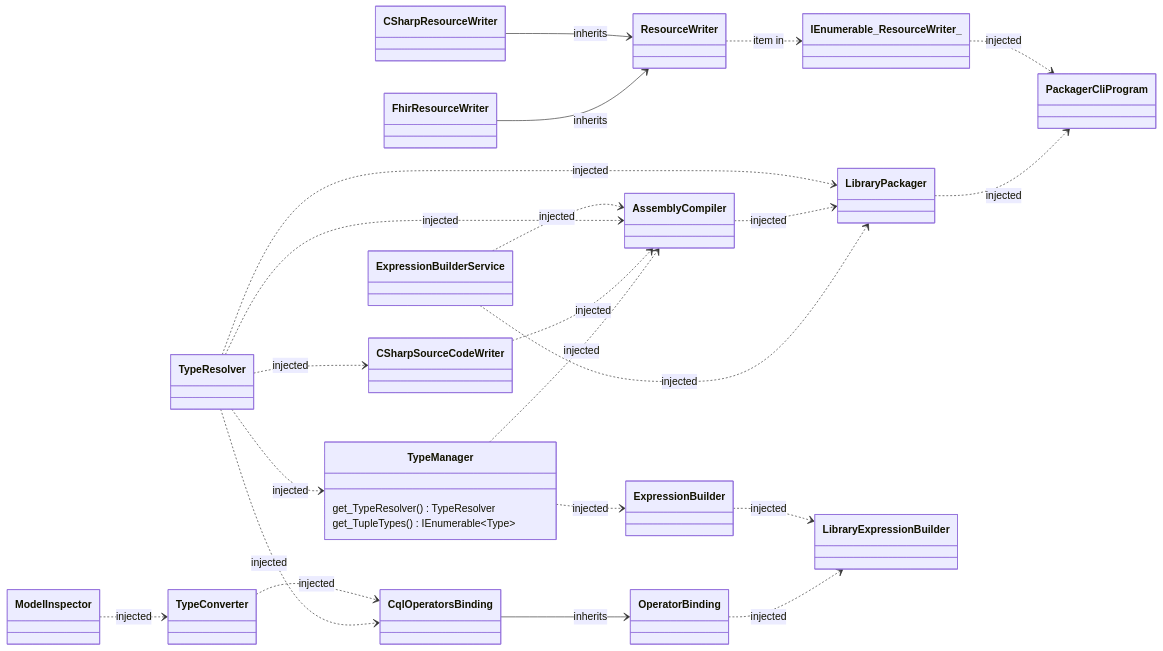
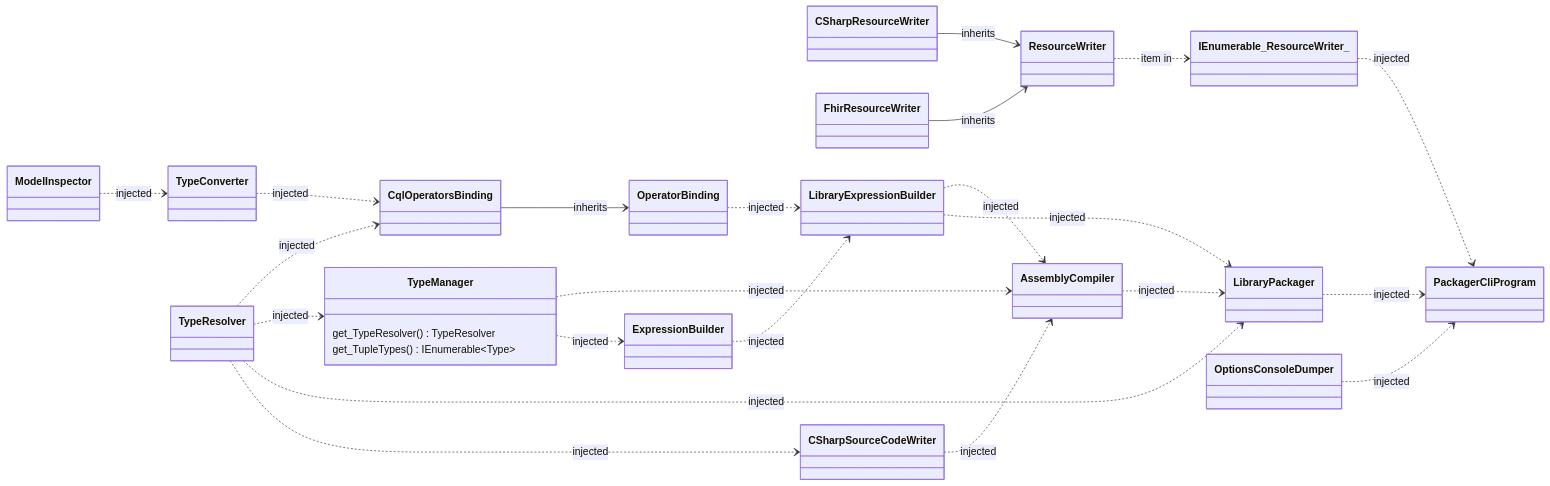
Before and after one commit to FirelyTeam/firely-cql-sdk: the diagram in docs/packager-cli-dependency-graph.md, drawn with Mermaid. The commit also changed 3 other files, not shown here.

````diff
--- a/docs/packager-cli-dependency-graph.md
+++ b/docs/packager-cli-dependency-graph.md
@@ -5,46 +5,46 @@
 ```mermaid
 classDiagram
     direction LR
 
     class TypeManager {
         get_TypeResolver() TypeResolver
         get_TupleTypes() IEnumerable~Type~
     }
 
     %% HACK: Mermaid doesnt support commas withing generic, so use a similar looking character (﹐)
 
     %% Inheritance  
     CqlOperatorsBinding --> OperatorBinding : inherits
     CSharpResourceWriter --> ResourceWriter : inherits
     FhirResourceWriter --> ResourceWriter : inherits
 
     %% Injected Dependencies
-    ExpressionBuilderService ..> AssemblyCompiler : injected
-    TypeResolver ..> AssemblyCompiler : injected
+    LibraryExpressionBuilder ..> AssemblyCompiler : injected
     CSharpSourceCodeWriter ..> AssemblyCompiler : injected
     TypeManager ..> AssemblyCompiler : injected
 
     TypeManager ..> ExpressionBuilder : injected
 
     IEnumerable_ResourceWriter_ ..> PackagerCliProgram : injected 
     LibraryPackager ..> PackagerCliProgram : injected 
+    OptionsConsoleDumper ..> PackagerCliProgram : injected 
 
     TypeConverter ..> CqlOperatorsBinding : injected         
     TypeResolver ..> CqlOperatorsBinding : injected    
 
     ModelInspector ..> TypeConverter : injected  
 
     TypeResolver ..> TypeManager : injected
 
     TypeResolver ..> LibraryPackager : injected
     AssemblyCompiler ..> LibraryPackager : injected
-    ExpressionBuilderService ..> LibraryPackager : injected 
+    LibraryExpressionBuilder ..> LibraryPackager : injected 
     
     TypeResolver ..> CSharpSourceCodeWriter : injected
 
     ExpressionBuilder ..> LibraryExpressionBuilder : injected
     OperatorBinding ..> LibraryExpressionBuilder : injected
 
     %% Rest
     ResourceWriter ..> IEnumerable_ResourceWriter_ : item in
 ```
````
